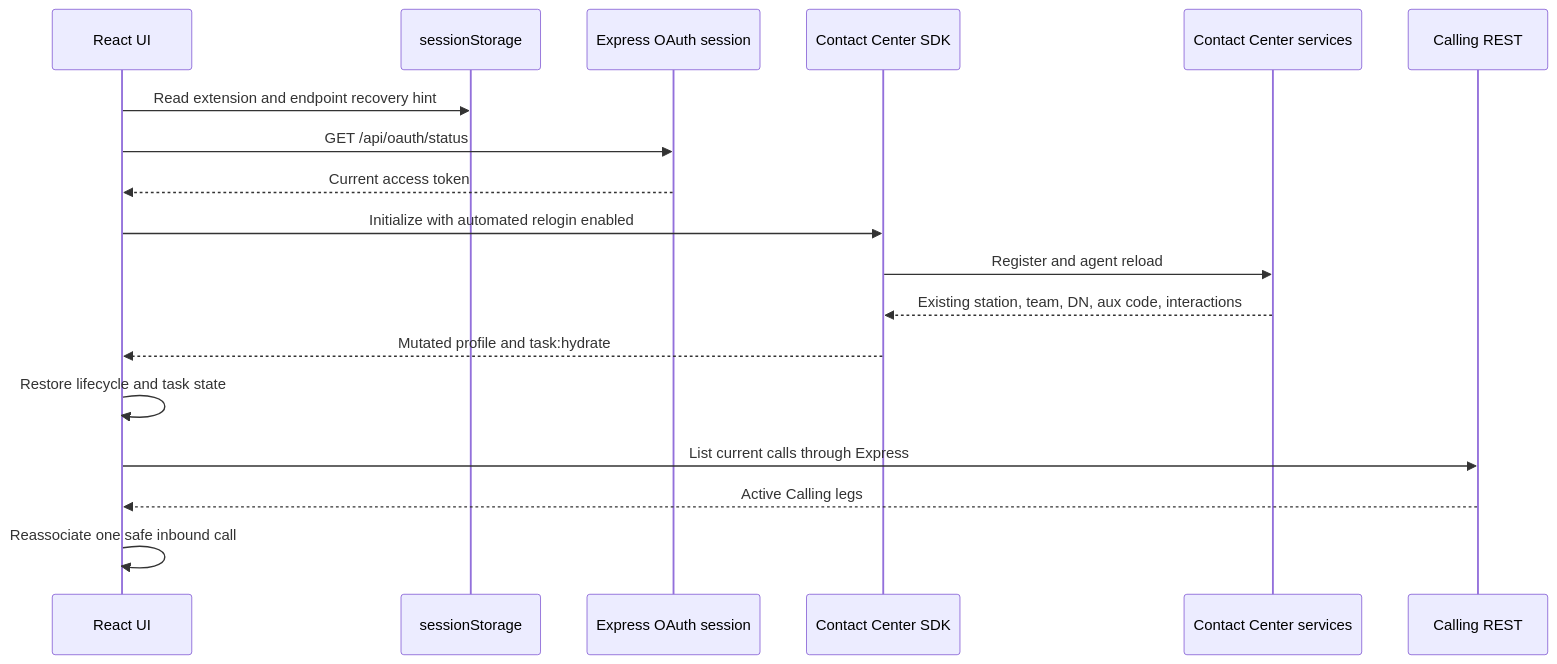
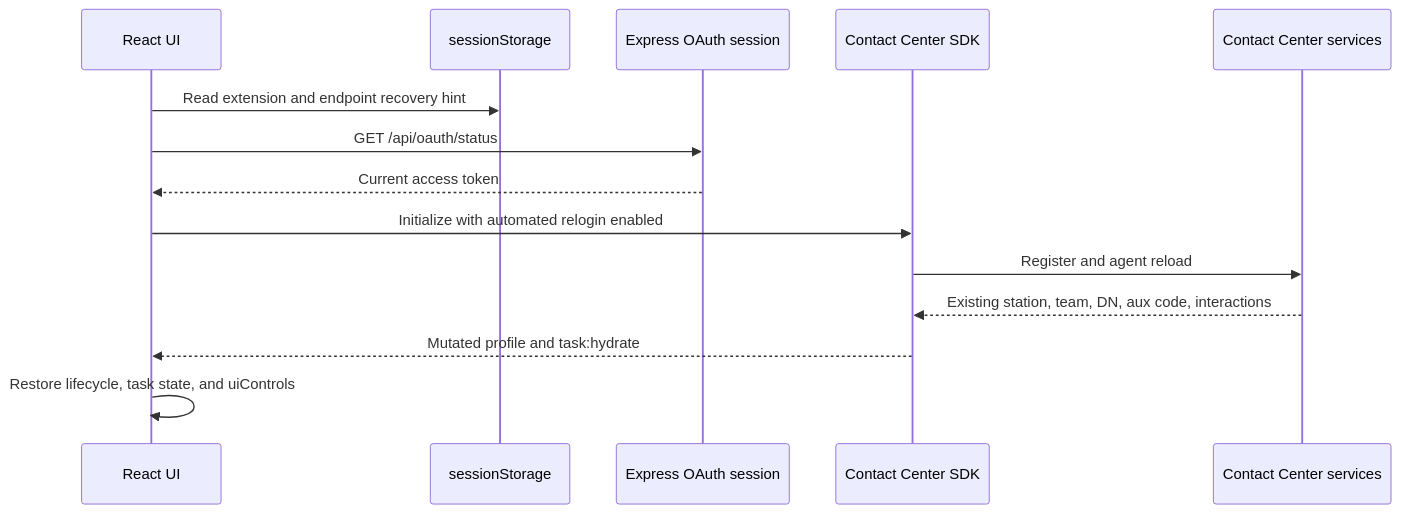
Before and after one commit to aashishberry/webexcc_sdk_app: the seventh of 8 diagrams in ARCHITECTURE.md, drawn with Mermaid. The commit also changed other lines of this file and 13 other files, not shown here.

Commit message:
migrate call controls to contact center sdk

````diff
--- a/ARCHITECTURE.md
+++ b/ARCHITECTURE.md
@@ -340,21 +331,17 @@
 ```mermaid
 sequenceDiagram
     participant UI as React UI
     participant SS as sessionStorage
     participant S as Express OAuth session
     participant SDK as Contact Center SDK
     participant W as Contact Center services
-    participant C as Calling REST
 
     UI->>SS: Read extension and endpoint recovery hint
     UI->>S: GET /api/oauth/status
     S-->>UI: Current access token
     UI->>SDK: Initialize with automated relogin enabled
     SDK->>W: Register and agent reload
     W-->>SDK: Existing station, team, DN, aux code, interactions
     SDK-->>UI: Mutated profile and task:hydrate
-    UI->>UI: Restore lifecycle and task state
-    UI->>C: List current calls through Express
-    C-->>UI: Active Calling legs
-    UI->>UI: Reassociate one safe inbound call
+    UI->>UI: Restore lifecycle, task state, and uiControls
 ```
````
